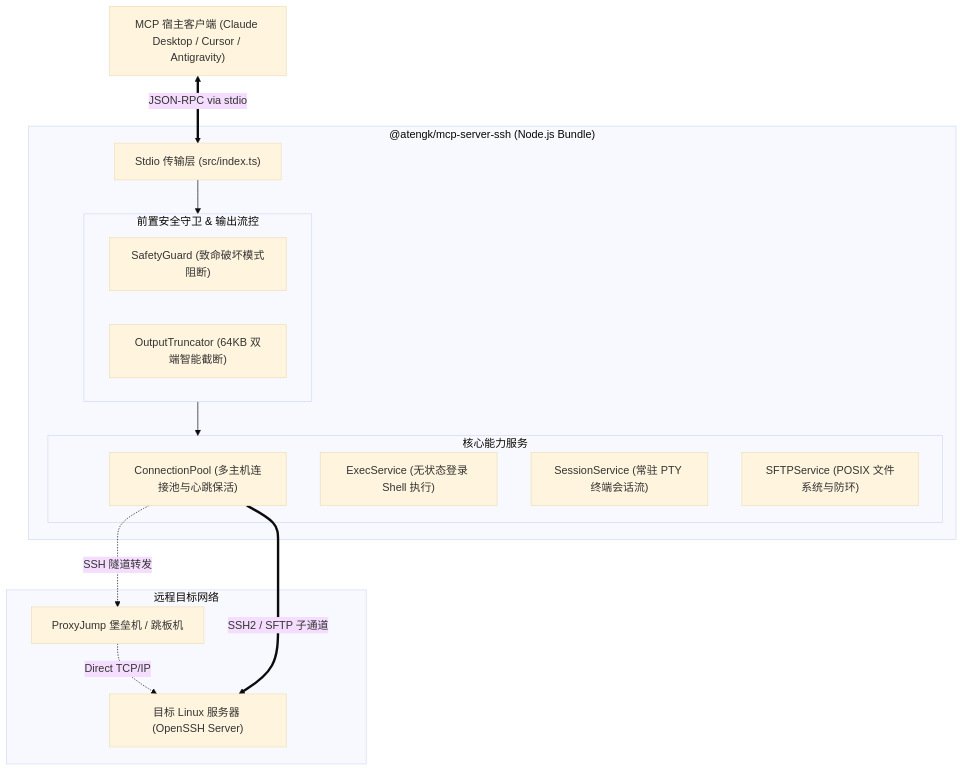
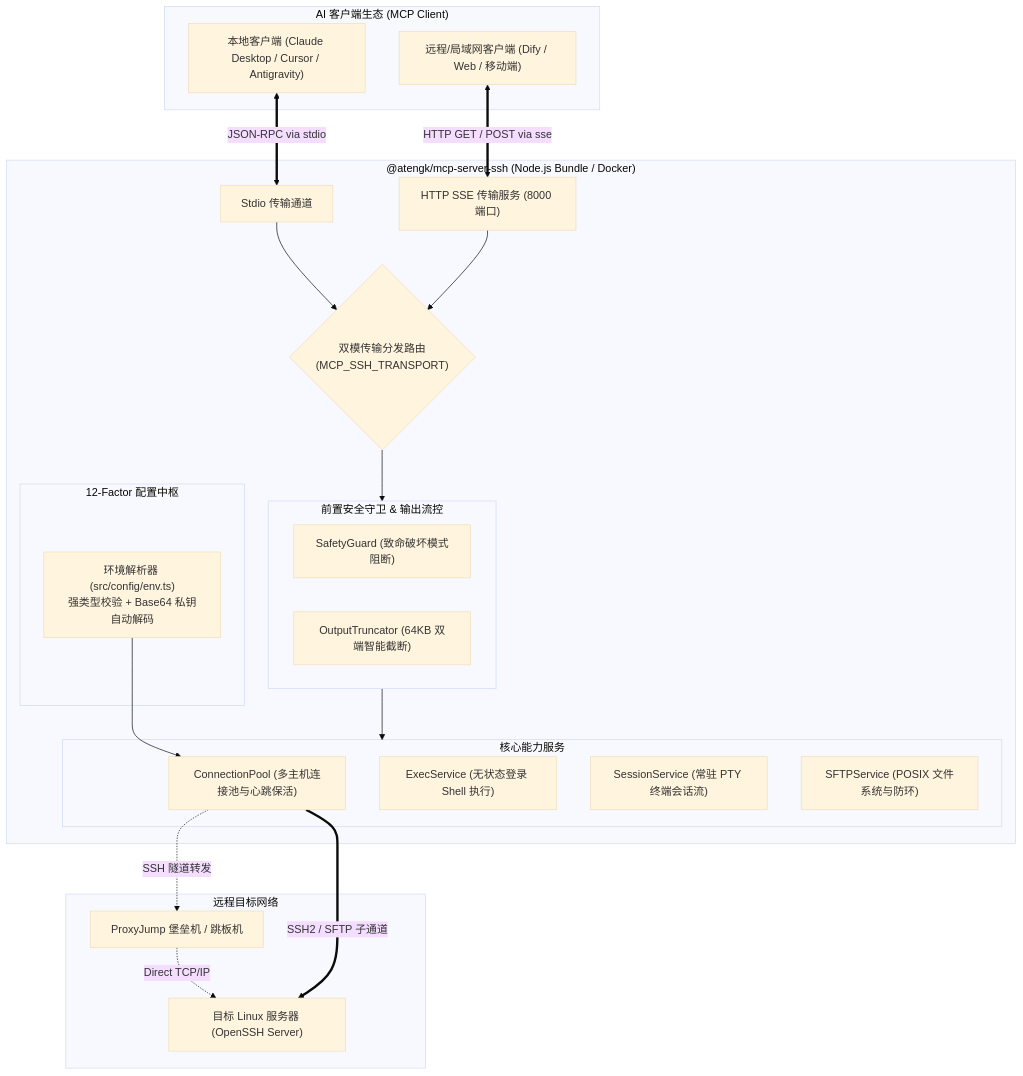
One commit to atengk/mcp-server-ssh changed the diagram in README.md. Above: the diagram before and after it, drawn with Mermaid (base theme). The commit also changed other lines of this file and 19 other files, not shown here.

Commit message:
feat(release): 发布 v1.2.0 - 12-Factor 规范环境变量、容器化与 SSE 双模通信

````diff
--- a/README.md
+++ b/README.md
@@ -314,32 +461,45 @@
 ```mermaid
 flowchart TD
-    Client["MCP 宿主客户端 (Claude Desktop / Cursor / Antigravity)"]
+    subgraph ClientSide ["AI 客户端生态 (MCP Client)"]
+        LocalClient["本地客户端 (Claude Desktop / Cursor / Antigravity)"]
+        RemoteClient["远程/局域网客户端 (Dify / Web / 移动端)"]
+    end
     
-    subgraph MCP_Server["@atengk/mcp-server-ssh (Node.js Bundle)"]
-        Stdio["Stdio 传输层 (src/index.ts)"]
+    subgraph MCP_Server["@atengk/mcp-server-ssh (Node.js Bundle / Docker)"]
+        Transport{"双模传输分发路由\n(MCP_SSH_TRANSPORT)"}
+        Stdio["Stdio 传输通道"]
+        SSE["HTTP SSE 传输服务 (8000 端口)"]
         
+        subgraph Config_Module["12-Factor 配置中枢"]
+            Env["环境解析器 (src/config/env.ts)\n强类型校验 + Base64 私钥自动解码"]
+        end
+
         subgraph Safety_Module["前置安全守卫 & 输出流控"]
             Guard["SafetyGuard (致命破坏模式阻断)"]
             Truncator["OutputTruncator (64KB 双端智能截断)"]
         end
         
         subgraph Core_Services["核心能力服务"]
             ConnPool["ConnectionPool (多主机连接池与心跳保活)"]
             Exec["ExecService (无状态登录 Shell 执行)"]
             Session["SessionService (常驻 PTY 终端会话流)"]
             SFTP["SFTPService (POSIX 文件系统与防环)"]
         end
     end
     
     subgraph Remote_Network["远程目标网络"]
         Bastion["ProxyJump 堡垒机 / 跳板机"]
         LinuxHost["目标 Linux 服务器 (OpenSSH Server)"]
     end
     
-    Client <==>|JSON-RPC via stdio| Stdio
-    Stdio --> Safety_Module
+    LocalClient <==>|JSON-RPC via stdio| Stdio
+    RemoteClient <==>|HTTP GET / POST via sse| SSE
+    Stdio --> Transport
+    SSE --> Transport
+    Env --> ConnPool
+    Transport --> Safety_Module
     Safety_Module --> Core_Services
     ConnPool -.->|SSH 隧道转发| Bastion
     Bastion -.->|Direct TCP/IP| LinuxHost
     ConnPool ===>|SSH2 / SFTP 子通道| LinuxHost
 ```
````
